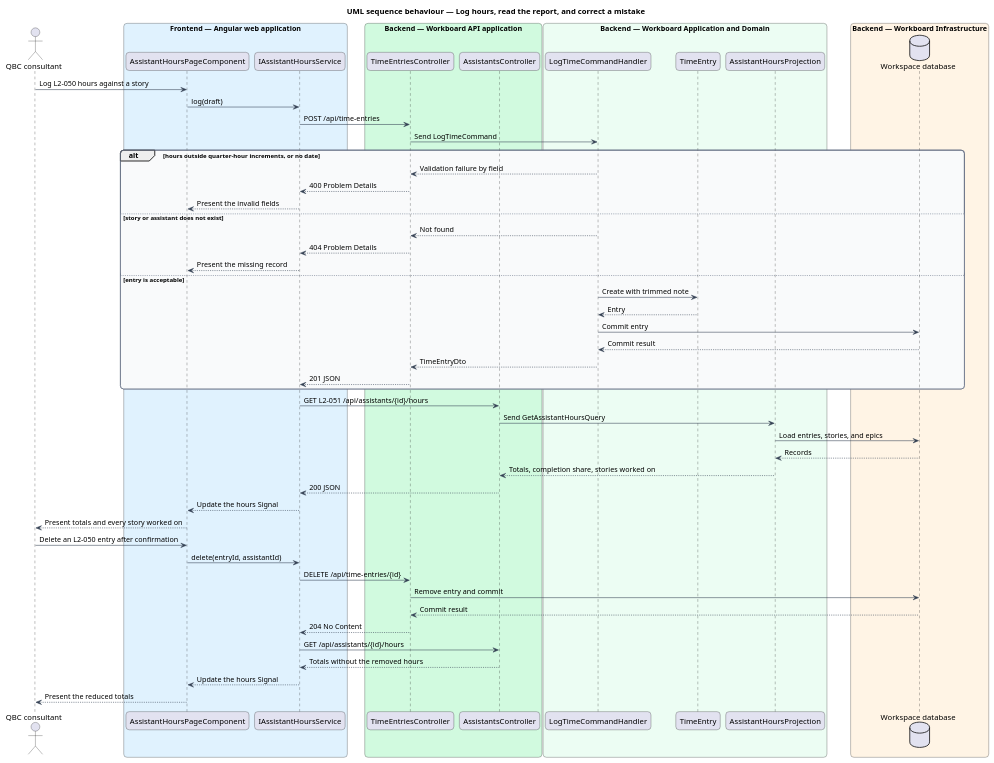
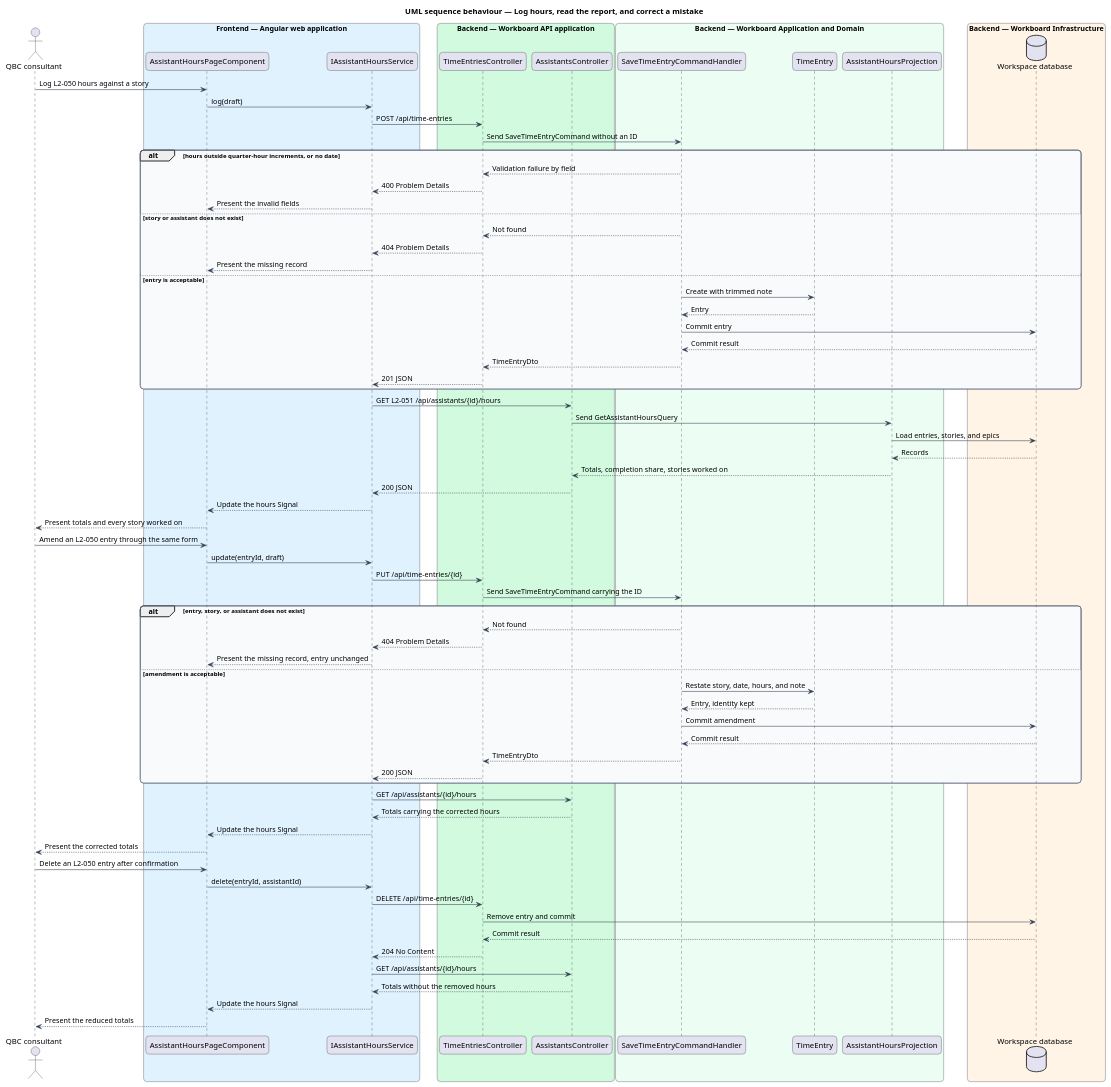
One commit to QuinntyneBrown/quinntyne-brown-consulting changed the diagram in docs/detailed-designs/work-items/log-hours-against-a-story/diagrams/sequence-log-hours.puml. Above: the diagram before and after it, drawn with PlantUML. The commit also changed 27 other files, not shown here.

```diff
--- a/docs/detailed-designs/work-items/log-hours-against-a-story/diagrams/sequence-log-hours.puml
+++ b/docs/detailed-designs/work-items/log-hours-against-a-story/diagrams/sequence-log-hours.puml
@@ -1,74 +1,95 @@
 @startuml
 title UML sequence behaviour — Log hours, read the report, and correct a mistake
 skinparam backgroundColor #FFFFFF
 skinparam shadowing false
 skinparam roundcorner 12
 skinparam defaultFontName Arial
 skinparam ArrowColor #344054
 skinparam rectangle {
   BorderColor #344054
   FontColor #101828
 }
 skinparam package {
   BorderColor #667085
   FontColor #101828
   BackgroundColor #F9FAFB
 }
 actor "QBC consultant" as actor
 box "Frontend — Angular web application" #E0F2FE
   participant "AssistantHoursPageComponent" as page
   participant "IAssistantHoursService" as service
 end box
 box "Backend — Workboard API application" #D1FADF
   participant "TimeEntriesController" as entries
   participant "AssistantsController" as assistants
 end box
 box "Backend — Workboard Application and Domain" #ECFDF3
-  participant "LogTimeCommandHandler" as handler
+  participant "SaveTimeEntryCommandHandler" as handler
   participant "TimeEntry" as entry
   participant "AssistantHoursProjection" as projection
 end box
 box "Backend — Workboard Infrastructure" #FFF4E5
   database "Workspace database" as db
 end box
 
 actor -> page : Log L2-050 hours against a story
 page -> service : log(draft)
 service -> entries : POST /api/time-entries
-entries -> handler : Send LogTimeCommand
+entries -> handler : Send SaveTimeEntryCommand without an ID
 alt hours outside quarter-hour increments, or no date
   handler --> entries : Validation failure by field
   entries --> service : 400 Problem Details
   service --> page : Present the invalid fields
 else story or assistant does not exist
   handler --> entries : Not found
   entries --> service : 404 Problem Details
   service --> page : Present the missing record
 else entry is acceptable
   handler -> entry : Create with trimmed note
   entry --> handler : Entry
   handler -> db : Commit entry
   db --> handler : Commit result
   handler --> entries : TimeEntryDto
   entries --> service : 201 JSON
 end
 service -> assistants : GET L2-051 /api/assistants/{id}/hours
 assistants -> projection : Send GetAssistantHoursQuery
 projection -> db : Load entries, stories, and epics
 db --> projection : Records
 projection --> assistants : Totals, completion share, stories worked on
 assistants --> service : 200 JSON
 service --> page : Update the hours Signal
 page --> actor : Present totals and every story worked on
 
+actor -> page : Amend an L2-050 entry through the same form
+page -> service : update(entryId, draft)
+service -> entries : PUT /api/time-entries/{id}
+entries -> handler : Send SaveTimeEntryCommand carrying the ID
+alt entry, story, or assistant does not exist
+  handler --> entries : Not found
+  entries --> service : 404 Problem Details
+  service --> page : Present the missing record, entry unchanged
+else amendment is acceptable
+  handler -> entry : Restate story, date, hours, and note
+  entry --> handler : Entry, identity kept
+  handler -> db : Commit amendment
+  db --> handler : Commit result
+  handler --> entries : TimeEntryDto
+  entries --> service : 200 JSON
+end
+service -> assistants : GET /api/assistants/{id}/hours
+assistants --> service : Totals carrying the corrected hours
+service --> page : Update the hours Signal
+page --> actor : Present the corrected totals
+
 actor -> page : Delete an L2-050 entry after confirmation
 page -> service : delete(entryId, assistantId)
 service -> entries : DELETE /api/time-entries/{id}
 entries -> db : Remove entry and commit
 db --> entries : Commit result
 entries --> service : 204 No Content
 service -> assistants : GET /api/assistants/{id}/hours
 assistants --> service : Totals without the removed hours
 service --> page : Update the hours Signal
 page --> actor : Present the reduced totals
 @enduml
```
